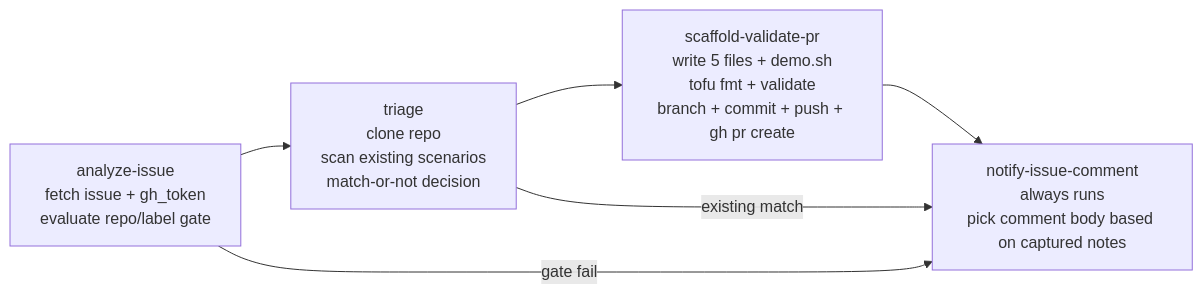
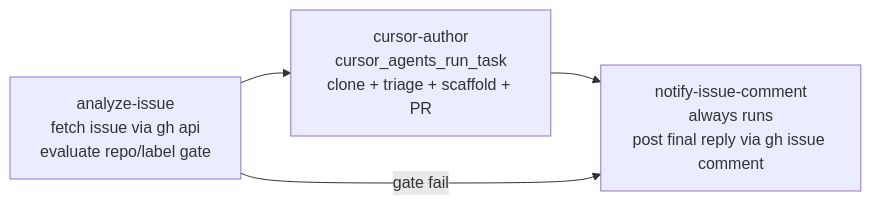
Before and after one commit to asarkar157/solutions: the diagram in modules/aios-agent-scenario-author/README.md, drawn with Mermaid. The commit also changed other lines of this file and 10 other files, not shown here.

First line of the commit message:
[NO-TICKET] refactor(scenario-author): delegate scaffold + PR to Cursor Cloud Agent (#19)

````diff
--- a/modules/aios-agent-scenario-author/README.md
+++ b/modules/aios-agent-scenario-author/README.md
@@ -166,10 +178,8 @@
 ```mermaid
 flowchart LR
-  A[analyze-issue<br/>fetch issue + gh_token<br/>evaluate repo/label gate]
-  B[triage<br/>clone repo<br/>scan existing scenarios<br/>match-or-not decision]
-  C[scaffold-validate-pr<br/>write 5 files + demo.sh<br/>tofu fmt + validate<br/>branch + commit + push + gh pr create]
-  D[notify-issue-comment<br/>always runs<br/>pick comment body based on captured notes]
-  A --> B --> C --> D
-  A -- gate fail --> D
-  B -- existing match --> D
+  A[analyze-issue<br/>fetch issue via gh api<br/>evaluate repo/label gate]
+  B[cursor-author<br/>cursor_agents_run_task<br/>clone + triage + scaffold + PR]
+  C[notify-issue-comment<br/>always runs<br/>post final reply via gh issue comment]
+  A --> B --> C
+  A -- gate fail --> C
 ```
````
